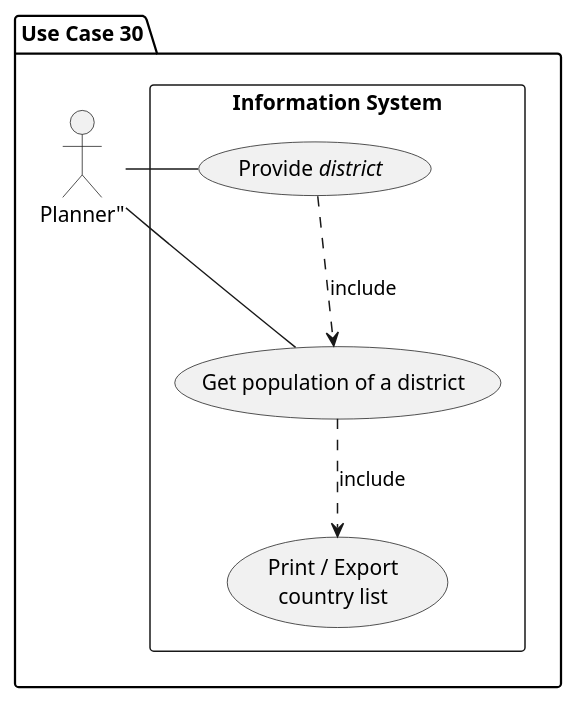
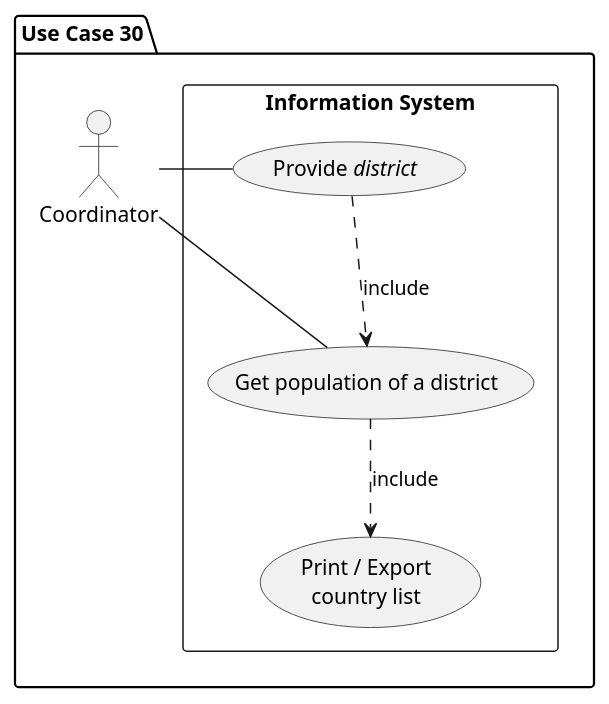
One commit to oparatte/SET08803-Group1 changed the fifth of 5 diagrams in use-cases/Use-case-diagrams.puml. Above: the diagram before and after it, drawn with PlantUML. The commit also changed other lines of this file, not shown here.

```diff
--- a/use-cases/Use-case-diagrams.puml
+++ b/use-cases/Use-case-diagrams.puml
@@ -80,21 +97,21 @@
 @startuml
 
 package "Use Case 30" {
 
-actor A1 as "Planner""
+actor A1 as "Coordinator"
 
 rectangle "Information System" {
     usecase UC30 as "Get population of a district"
 
      usecase UCa as "Provide //district//"
 
     usecase UCb as "Print / Export
             country list"
 
     A1 - UC30
     A1 - UCa
     UCa ..> UC30 : include
     UC30 ..> UCb : include
 }
 }
 @enduml
```
